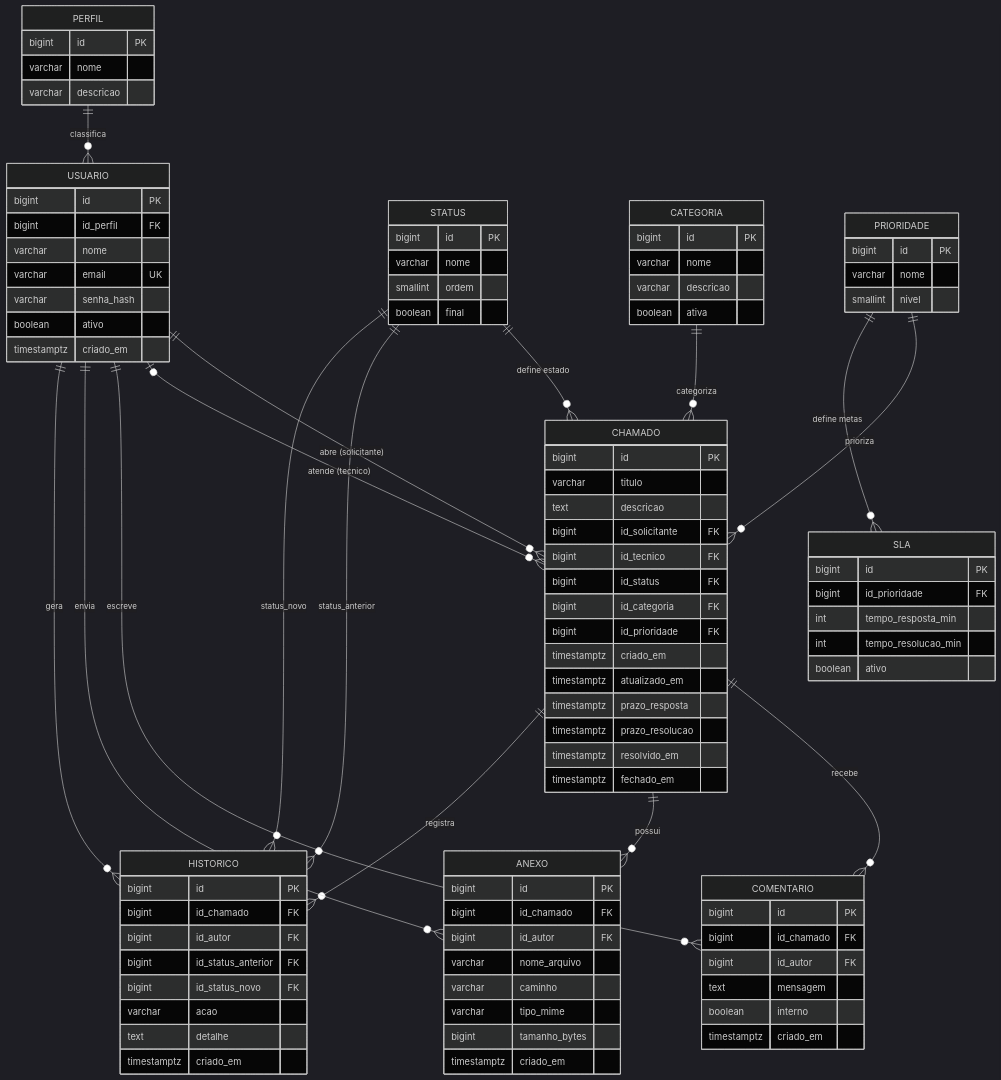
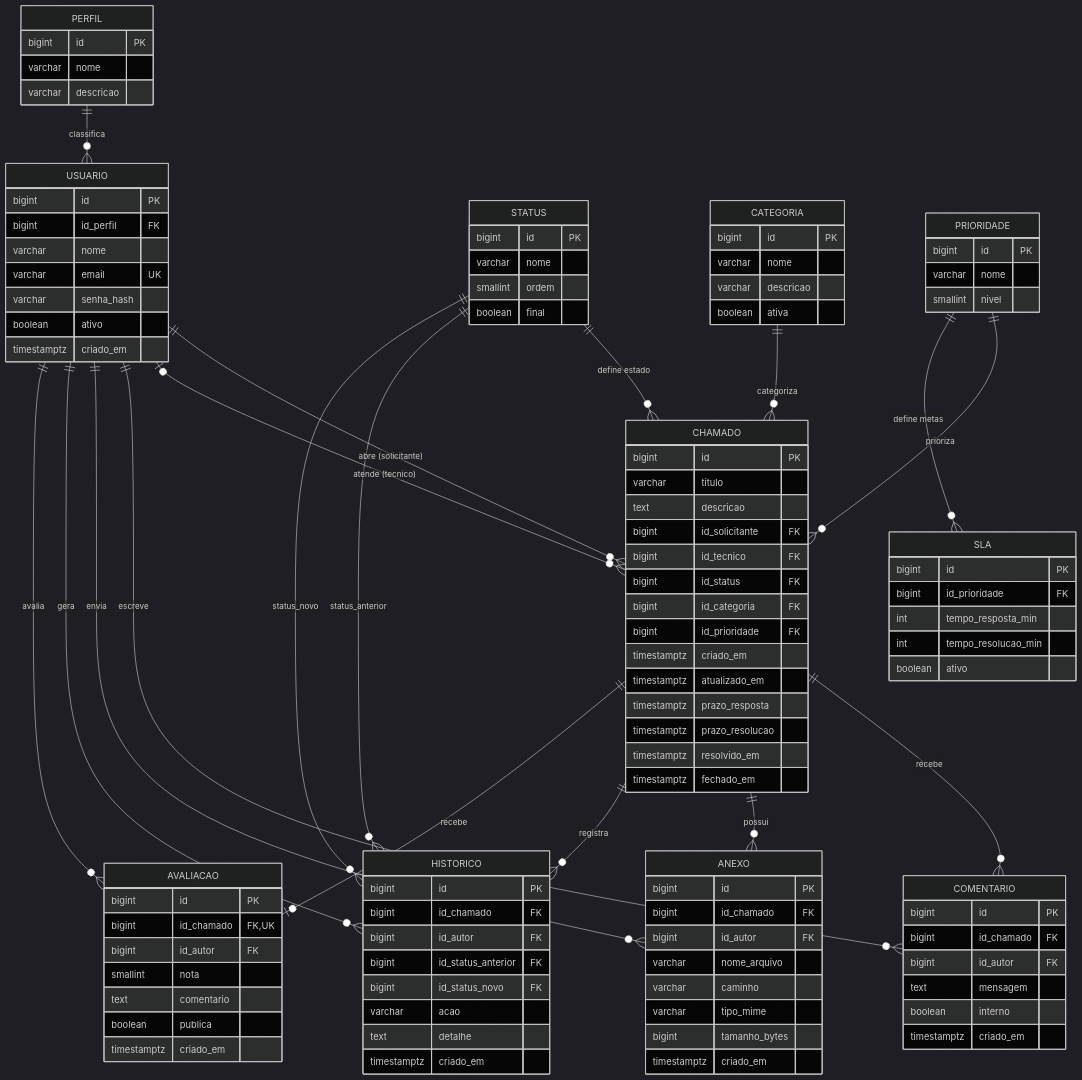
The diagram in database/MODELO-ER.md (GuGomess/sistema-de-chamados), drawn with Mermaid (dark theme) before and after one commit. The commit also changed other lines of this file and 19 other files, not shown here.

First line of the commit message:
feat: reabertura de chamado, reatribuicao tecnico-tecnico, fechamento e avaliacao pelo cliente

````diff
--- a/database/MODELO-ER.md
+++ b/database/MODELO-ER.md
@@ -26,9 +26,11 @@
     CHAMADO ||--o{ COMENTARIO : "recebe"
     CHAMADO ||--o{ ANEXO : "possui"
     CHAMADO ||--o{ HISTORICO : "registra"
+    CHAMADO ||--o| AVALIACAO : "recebe"
     USUARIO ||--o{ COMENTARIO : "escreve"
     USUARIO ||--o{ ANEXO : "envia"
     USUARIO ||--o{ HISTORICO : "gera"
+    USUARIO ||--o{ AVALIACAO : "avalia"
     STATUS ||--o{ HISTORICO : "status_anterior"
     STATUS ||--o{ HISTORICO : "status_novo"
 
@@ -114,4 +116,13 @@
         text detalhe
         timestamptz criado_em
     }
+    AVALIACAO {
+        bigint id PK
+        bigint id_chamado FK, UK
+        bigint id_autor FK
+        smallint nota
+        text comentario
+        boolean publica
+        timestamptz criado_em
+    }
 ```
````
